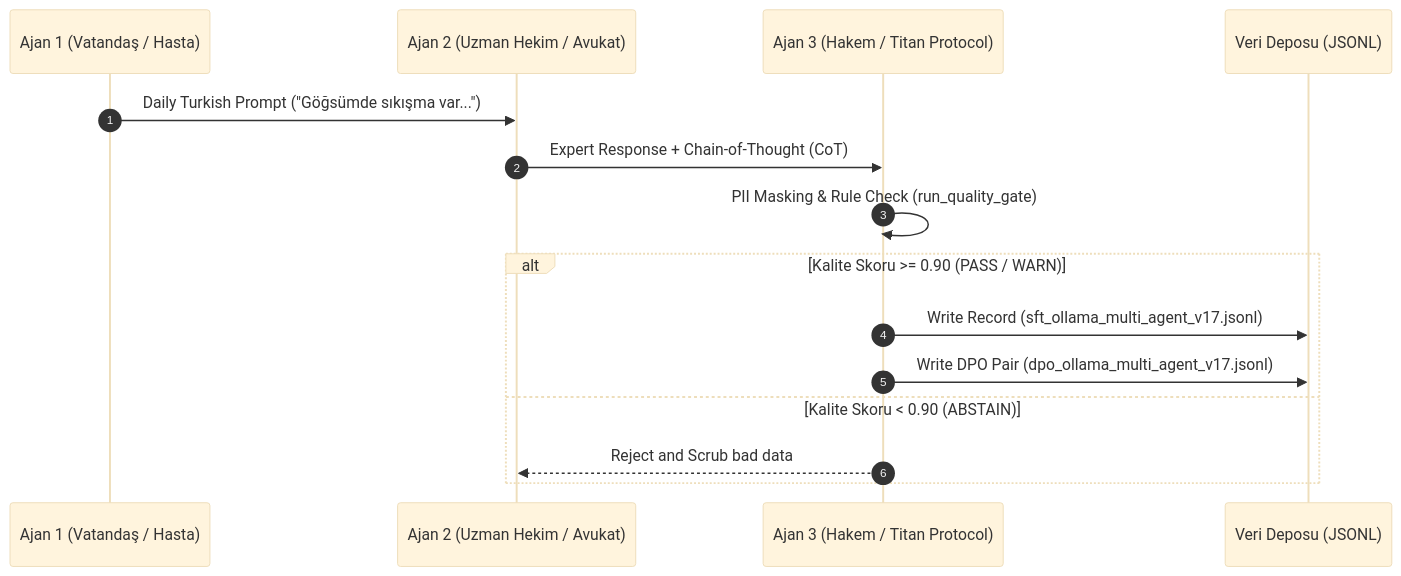
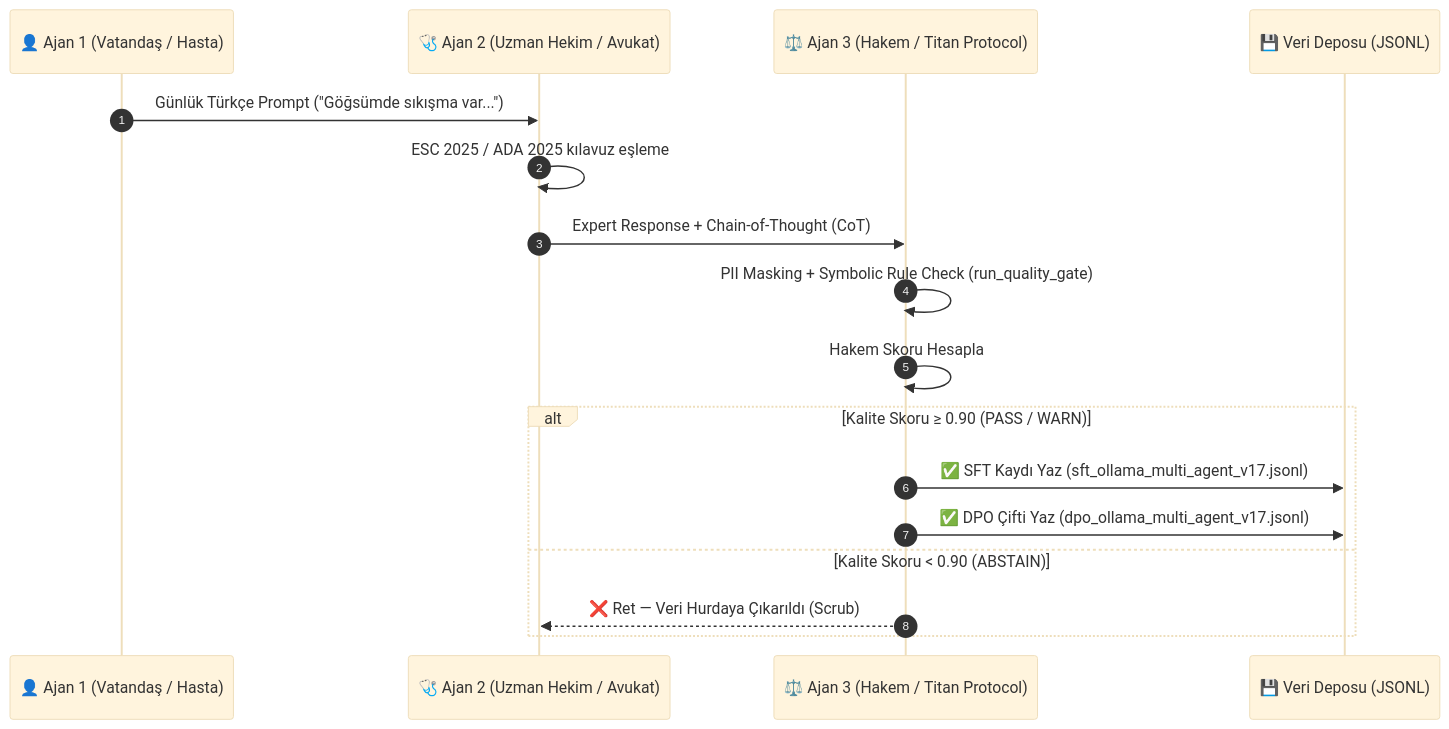
The fifth of 7 diagrams in WHITEPAPER.md (sakipfikrret/OmniEngine), drawn with Mermaid (base theme) before and after one commit. The commit also changed other lines of this file, not shown here.

````diff
--- a/WHITEPAPER.md
+++ b/WHITEPAPER.md
@@ -92,19 +272,21 @@
 ```mermaid
 sequenceDiagram
     autonumber
-    participant A1 as Ajan 1 (Vatandaş / Hasta)
-    participant A2 as Ajan 2 (Uzman Hekim / Avukat)
-    participant A3 as Ajan 3 (Hakem / Titan Protocol)
-    participant Disk as Veri Deposu (JSONL)
+    participant A1 as 👤 Ajan 1 (Vatandaş / Hasta)
+    participant A2 as 🩺 Ajan 2 (Uzman Hekim / Avukat)
+    participant A3 as ⚖️ Ajan 3 (Hakem / Titan Protocol)
+    participant Disk as 💾 Veri Deposu (JSONL)
 
-    A1->>A2: Daily Turkish Prompt ("Göğsümde sıkışma var...")
+    A1->>A2: Günlük Türkçe Prompt ("Göğsümde sıkışma var...")
+    A2->>A2: ESC 2025 / ADA 2025 kılavuz eşleme
     A2->>A3: Expert Response + Chain-of-Thought (CoT)
-    A3->>A3: PII Masking & Rule Check (run_quality_gate)
+    A3->>A3: PII Masking + Symbolic Rule Check (run_quality_gate)
+    A3->>A3: Hakem Skoru Hesapla
     
-    alt Kalite Skoru >= 0.90 (PASS / WARN)
-        A3->>Disk: Write Record (sft_ollama_multi_agent_v17.jsonl)
-        A3->>Disk: Write DPO Pair (dpo_ollama_multi_agent_v17.jsonl)
+    alt Kalite Skoru ≥ 0.90 (PASS / WARN)
+        A3->>Disk: ✅ SFT Kaydı Yaz (sft_ollama_multi_agent_v17.jsonl)
+        A3->>Disk: ✅ DPO Çifti Yaz (dpo_ollama_multi_agent_v17.jsonl)
     else Kalite Skoru < 0.90 (ABSTAIN)
-        A3-->>A2: Reject and Scrub bad data
+        A3-->>A2: ❌ Ret — Veri Hurdaya Çıkarıldı (Scrub)
     end
 ```
````
